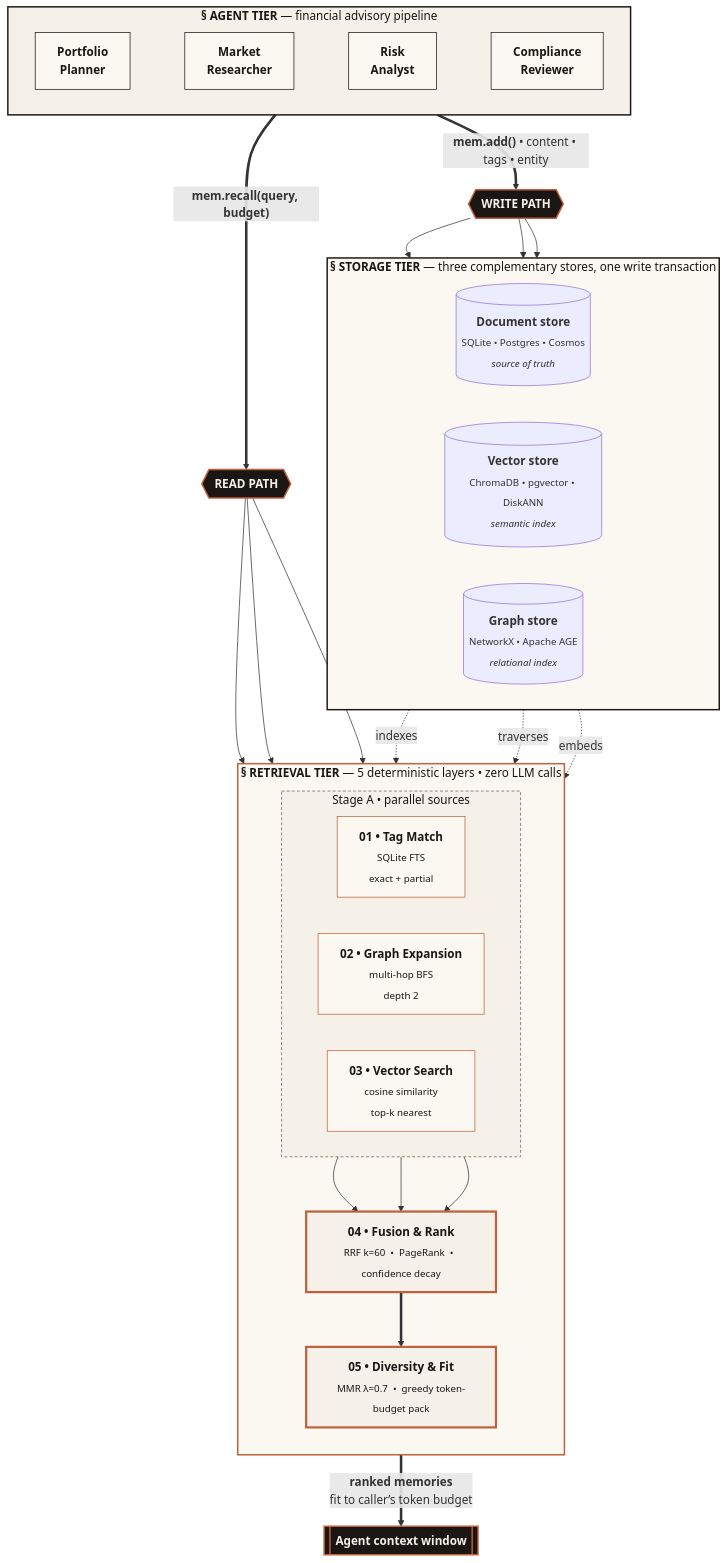
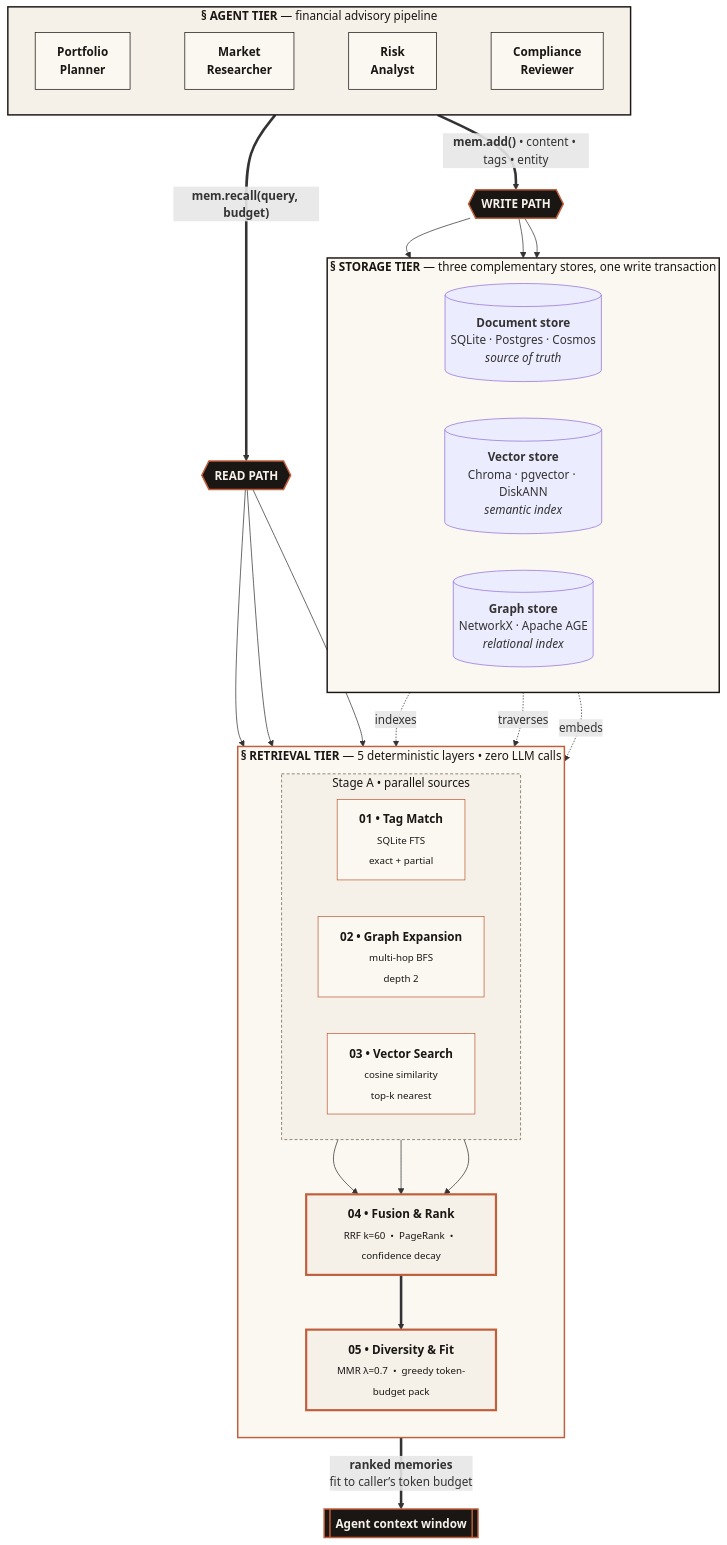
Before and after one commit to bolnet/attestor: the first of 10 diagrams in README.md, drawn with Mermaid. The commit also changed other lines of this file, not shown here.

Commit message:
docs: add provenance chain + runtime topology diagrams, fix backend label truncation

````diff
--- a/README.md
+++ b/README.md
@@ -40,78 +40,78 @@
 ```mermaid
 flowchart TB
     %% === AGENT TIER ===
     subgraph AGENTS [<b>&sect; AGENT TIER</b> &mdash; financial advisory pipeline]
         direction LR
         A1[<b>Portfolio<br/>Planner</b>]
         A2[<b>Market<br/>Researcher</b>]
         A3[<b>Risk<br/>Analyst</b>]
         A4[<b>Compliance<br/>Reviewer</b>]
         A1 ~~~ A2 ~~~ A3 ~~~ A4
     end
 
     %% === API SURFACE ===
     AGENTS ==>|"<b>mem.add()</b> &bull; content &bull; tags &bull; entity"| WRITE{{<b>WRITE PATH</b>}}
     AGENTS ==>|"<b>mem.recall(query, budget)</b>"| READ{{<b>READ PATH</b>}}
 
     %% === STORAGE TIER ===
     subgraph STORAGE [<b>&sect; STORAGE TIER</b> &mdash; three complementary stores, one write transaction]
         direction LR
-        S1[(<b>Document store</b><br/><sub>SQLite &bull; Postgres &bull; Cosmos<br/><i>source of truth</i></sub>)]
-        S2[(<b>Vector store</b><br/><sub>ChromaDB &bull; pgvector &bull; DiskANN<br/><i>semantic index</i></sub>)]
-        S3[(<b>Graph store</b><br/><sub>NetworkX &bull; Apache AGE<br/><i>relational index</i></sub>)]
+        S1[("<b>Document store</b><br/>SQLite · Postgres · Cosmos<br/><i>source of truth</i>")]
+        S2[("<b>Vector store</b><br/>Chroma · pgvector · DiskANN<br/><i>semantic index</i>")]
+        S3[("<b>Graph store</b><br/>NetworkX · Apache AGE<br/><i>relational index</i>")]
     end
 
     WRITE --> S1
     WRITE --> S2
     WRITE --> S3
 
     %% === RETRIEVAL TIER ===
     subgraph RETRIEVAL [<b>&sect; RETRIEVAL TIER</b> &mdash; 5 deterministic layers &bull; zero LLM calls]
         direction TB
 
         subgraph SOURCES [Stage A &bull; parallel sources]
             direction LR
             L1[<b>01 &bull; Tag Match</b><br/><sub>SQLite FTS<br/>exact + partial</sub>]
             L2[<b>02 &bull; Graph Expansion</b><br/><sub>multi-hop BFS<br/>depth 2</sub>]
             L3[<b>03 &bull; Vector Search</b><br/><sub>cosine similarity<br/>top-k nearest</sub>]
         end
 
         L4[<b>04 &bull; Fusion &amp; Rank</b><br/><sub>RRF k=60 &nbsp;&bull;&nbsp; PageRank &nbsp;&bull;&nbsp; confidence decay</sub>]
         L5[<b>05 &bull; Diversity &amp; Fit</b><br/><sub>MMR &lambda;=0.7 &nbsp;&bull;&nbsp; greedy token-budget pack</sub>]
 
         L1 --> L4
         L2 --> L4
         L3 --> L4
         L4 ==> L5
     end
 
     %% read fan-out and storage wiring
     READ --> L1
     READ --> L2
     READ --> L3
 
     S1 -. indexes .-> L1
     S3 -. traverses .-> L2
     S2 -. embeds .-> L3
 
     %% === OUTPUT ===
     L5 ==>|<b>ranked memories</b><br/>fit to caller&rsquo;s token budget| CTX[[<b>Agent context window</b>]]
 
     %% === STYLING ===
     style AGENTS    fill:#F5F1E8,stroke:#1A1614,stroke-width:2px,color:#1A1614
     style A1        fill:#FBF8F1,stroke:#1A1614,color:#1A1614
     style A2        fill:#FBF8F1,stroke:#1A1614,color:#1A1614
     style A3        fill:#FBF8F1,stroke:#1A1614,color:#1A1614
     style A4        fill:#FBF8F1,stroke:#1A1614,color:#1A1614
     style STORAGE   fill:#FBF8F1,stroke:#1A1614,stroke-width:2px,color:#1A1614
     style RETRIEVAL fill:#FBF8F1,stroke:#C15F3C,stroke-width:2px,color:#1A1614
     style SOURCES   fill:#F5F1E8,stroke:#6B5F4F,stroke-dasharray:4 3,color:#1A1614
     style WRITE     fill:#1A1614,stroke:#C15F3C,stroke-width:2px,color:#F5F1E8
     style READ      fill:#1A1614,stroke:#C15F3C,stroke-width:2px,color:#F5F1E8
     style L1        fill:#FBF8F1,stroke:#C15F3C,color:#1A1614
     style L2        fill:#FBF8F1,stroke:#C15F3C,color:#1A1614
     style L3        fill:#FBF8F1,stroke:#C15F3C,color:#1A1614
     style L4        fill:#F5F1E8,stroke:#C15F3C,stroke-width:3px,color:#1A1614
     style L5        fill:#F5F1E8,stroke:#C15F3C,stroke-width:3px,color:#1A1614
     style CTX       fill:#1A1614,stroke:#C15F3C,stroke-width:2px,color:#F5F1E8
 ```
````
